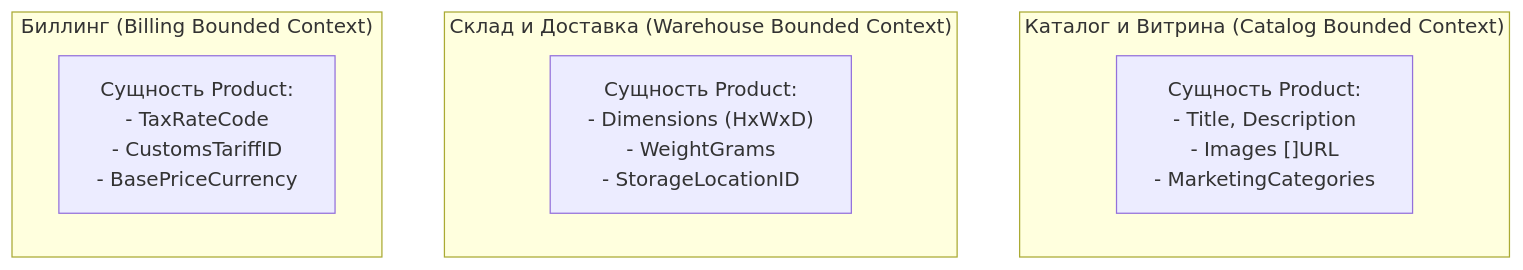
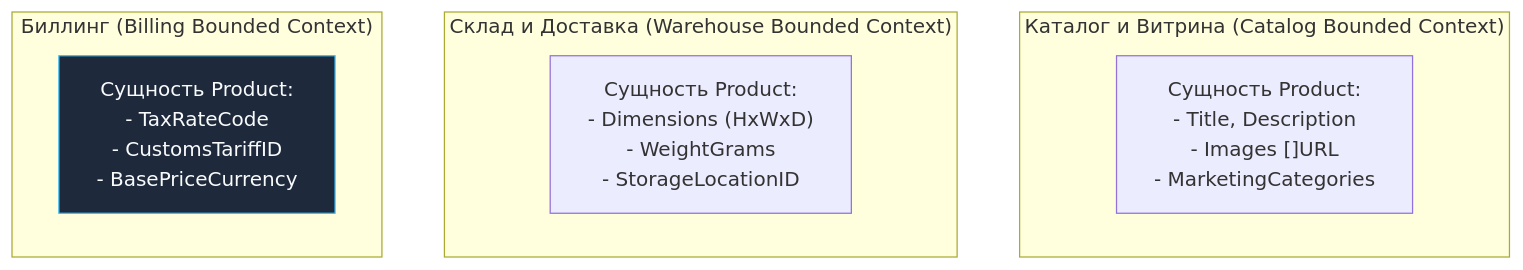
The first of 2 diagrams in sources/14. Распределенные системы на Go/04. Микросервисы/2. Границы сервисов.md (UnrealTemplier/go-textbook), drawn with Mermaid before and after one commit. The commit also changed other lines of this file and 1666 other files, not shown here.

First line of the commit message:
feat(mermaid): add semantic color classDef to 1369 colorless flowchart/graph diagrams

````diff
--- a/sources/14. Распределенные системы на Go/04. Микросервисы/2. Границы сервисов.md
+++ b/sources/14. Распределенные системы на Go/04. Микросервисы/2. Границы сервисов.md
@@ -20,14 +20,24 @@
 ```mermaid
 flowchart TD
+    classDef process  fill:#1e293b,stroke:#38bdf8,stroke-width:1px,color:#f8fafc
+    classDef success  fill:#064e3b,stroke:#34d399,stroke-width:1px,color:#f8fafc
+    classDef error    fill:#7f1d1d,stroke:#f87171,stroke-width:1px,color:#f8fafc
+    classDef warning  fill:#78350f,stroke:#fbbf24,stroke-width:1px,color:#f8fafc
+    classDef entry    fill:#1e3a5f,stroke:#38bdf8,stroke-width:2px,color:#f8fafc
+    classDef aux      fill:#334155,stroke:#64748b,stroke-width:1px,color:#f8fafc
+    classDef system   fill:#312e81,stroke:#a78bfa,stroke-width:1px,color:#f8fafc
+    classDef data     fill:#132d29,stroke:#2dd4bf,stroke-width:1px,color:#f8fafc
+    classDef network  fill:#881337,stroke:#fb7185,stroke-width:1px,color:#f8fafc
+    classDef accent   fill:#1e1b4b,stroke:#818cf8,stroke-width:1px,color:#f8fafc
     subgraph CatalogContext ["Каталог и Витрина (Catalog Bounded Context)"]
         P1["Сущность Product:<br/>- Title, Description<br/>- Images []URL<br/>- MarketingCategories"]
     end
     
     subgraph WarehouseContext ["Склад и Доставка (Warehouse Bounded Context)"]
         P2["Сущность Product:<br/>- Dimensions (HxWxD)<br/>- WeightGrams<br/>- StorageLocationID"]
     end
     
     subgraph BillingContext ["Биллинг (Billing Bounded Context)"]
-        P3["Сущность Product:<br/>- TaxRateCode<br/>- CustomsTariffID<br/>- BasePriceCurrency"]
+        P3["Сущность Product:<br/>- TaxRateCode<br/>- CustomsTariffID<br/>- BasePriceCurrency"]:::process
     end
 ```
````
